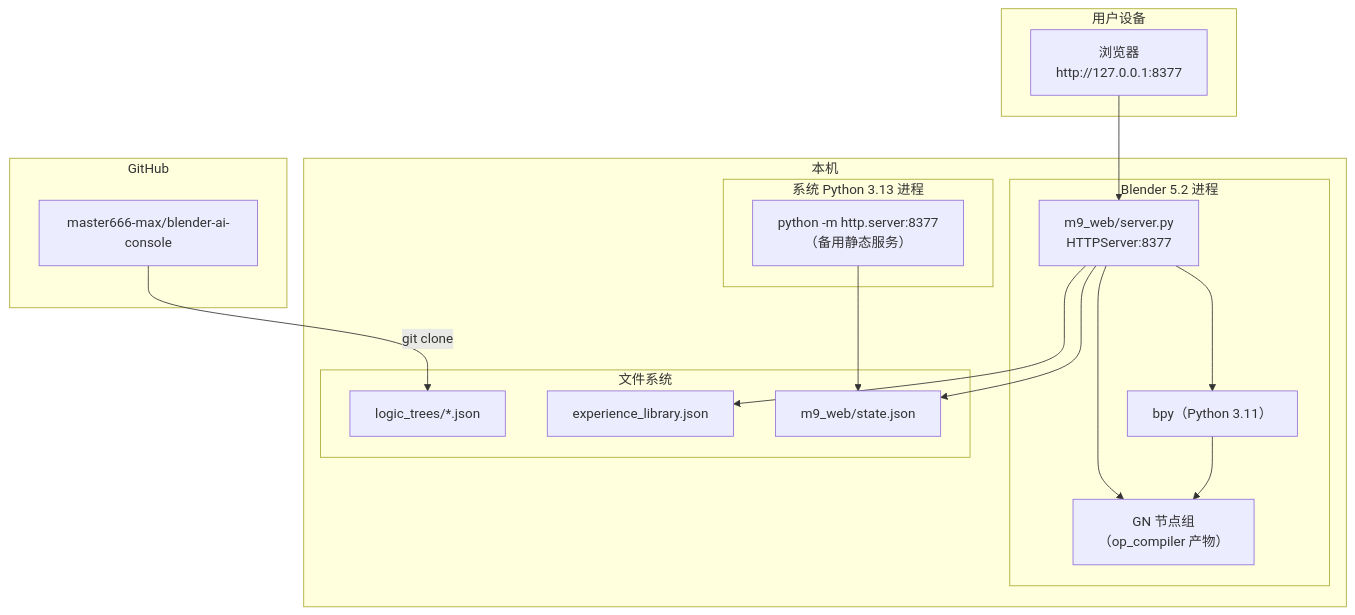
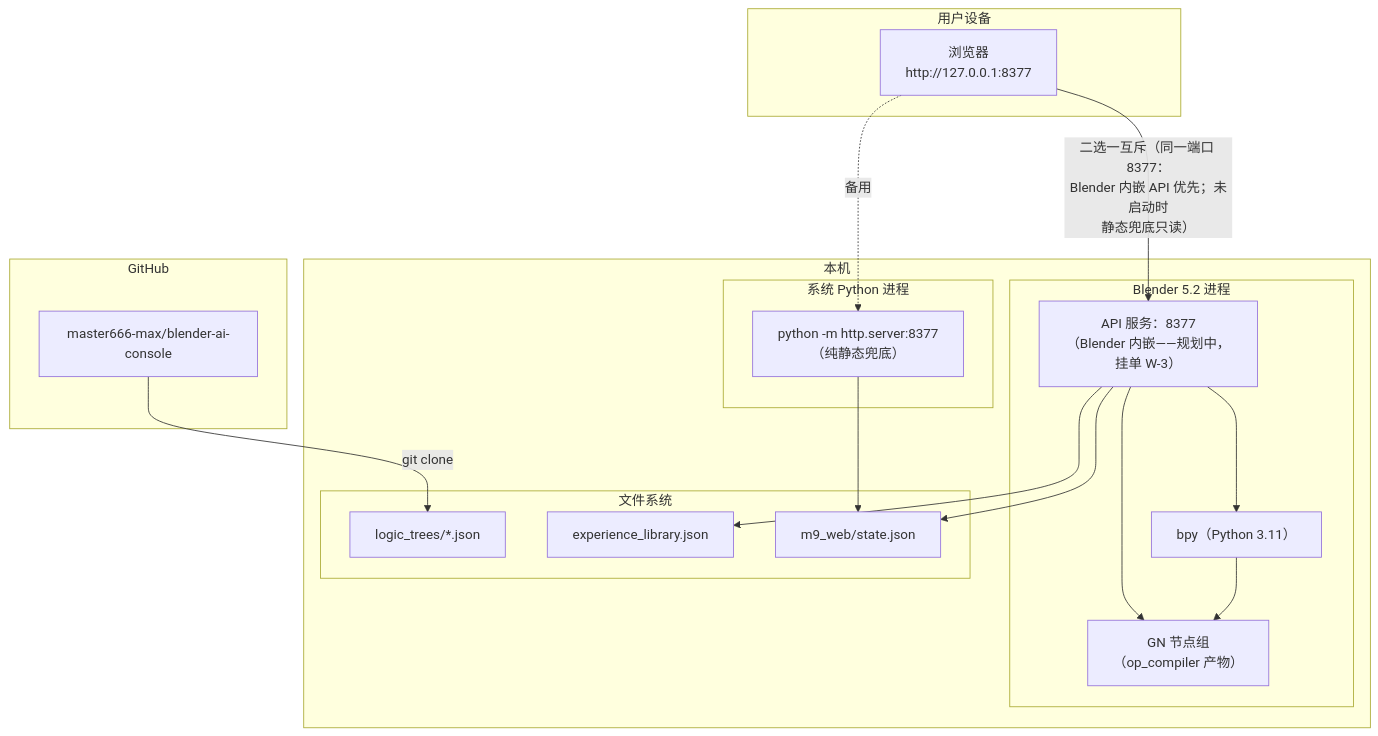
The seventh of 7 diagrams in docs/architecture/architecture_diagrams.md (master666-max/blender-ai-console), drawn with Mermaid before and after one commit. The commit also changed other lines of this file and 1 other file, not shown here.

First line of the commit message:
docs: 架构图集 v2——AST 数据锚重制，验收六条全裁决（含 v1→v2 修正记录）

````diff
--- a/docs/architecture/architecture_diagrams.md
+++ b/docs/architecture/architecture_diagrams.md
@@ -316,35 +359,36 @@
 ```mermaid
 graph TB
     subgraph DEV["用户设备"]
         BROWSER["浏览器<br/>http://127.0.0.1:8377"]
     end
 
     subgraph HOST["本机"]
         subgraph BP["Blender 5.2 进程"]
             BPY["bpy（Python 3.11）"]
-            GNSERVER["m9_web/server.py<br/>HTTPServer:8377"]
+            GNSERVER["API 服务：8377<br/>（Blender 内嵌——规划中，挂单 W-3）"]
             GN_NODES["GN 节点组<br/>（op_compiler 产物）"]
         end
-        subgraph SYSPY["系统 Python 3.13 进程"]
-            STATIC["python -m http.server:8377<br/>（备用静态服务）"]
+        subgraph SYSPY["系统 Python 进程"]
+            STATIC["python -m http.server:8377<br/>（纯静态兜底）"]
         end
         subgraph FS["文件系统"]
             LTJSON["logic_trees/*.json"]
             EXPJSON["experience_library.json"]
             STATE["m9_web/state.json"]
         end
     end
 
     subgraph GH["GitHub"]
         REPO["master666-max/blender-ai-console"]
     end
 
-    BROWSER --> GNSERVER
+    BROWSER -->|"二选一互斥（同一端口 8377：<br/>Blender 内嵌 API 优先；未启动时<br/>静态兜底只读）"| GNSERVER
+    BROWSER -.->|"备用"| STATIC
     GNSERVER --> BPY
     GNSERVER --> STATE
     GNSERVER --> GN_NODES
     BPY --> GN_NODES
     STATIC --> STATE
     GNSERVER --> EXPJSON
-    REPO -->|git clone| LTJSON
+    REPO -->|"git clone"| LTJSON
 ```
````
